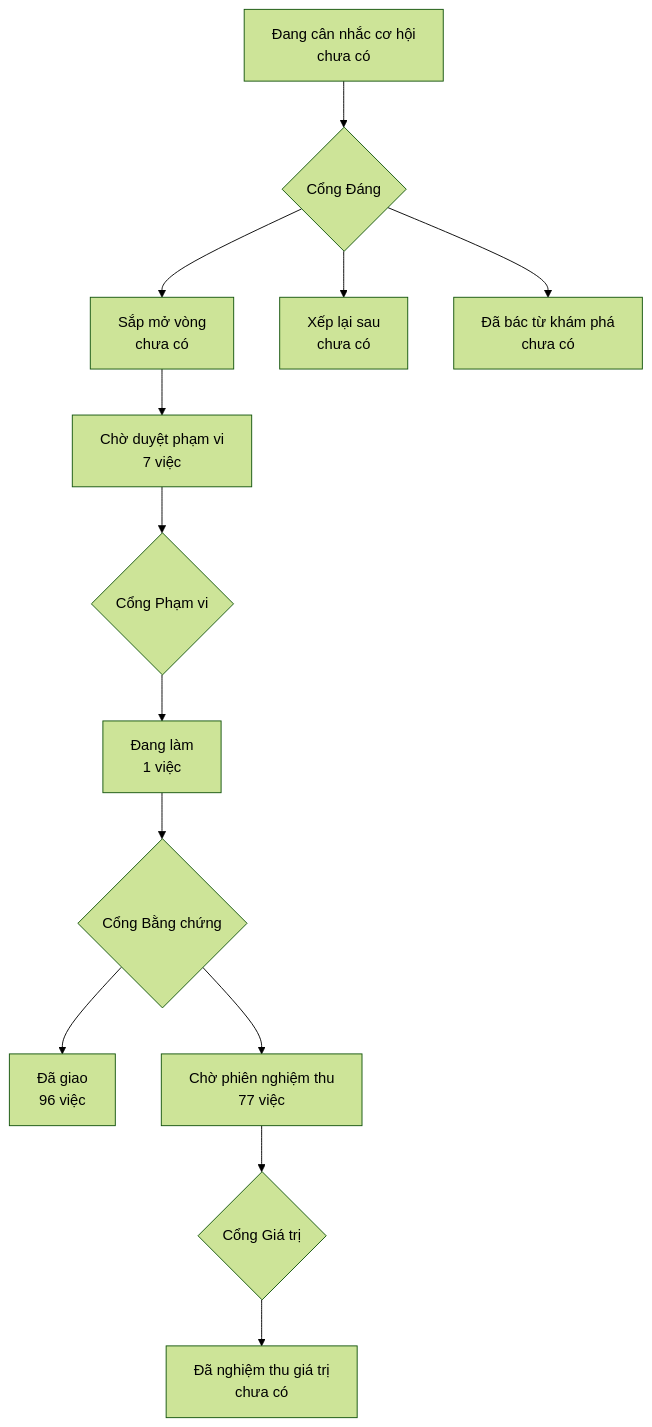
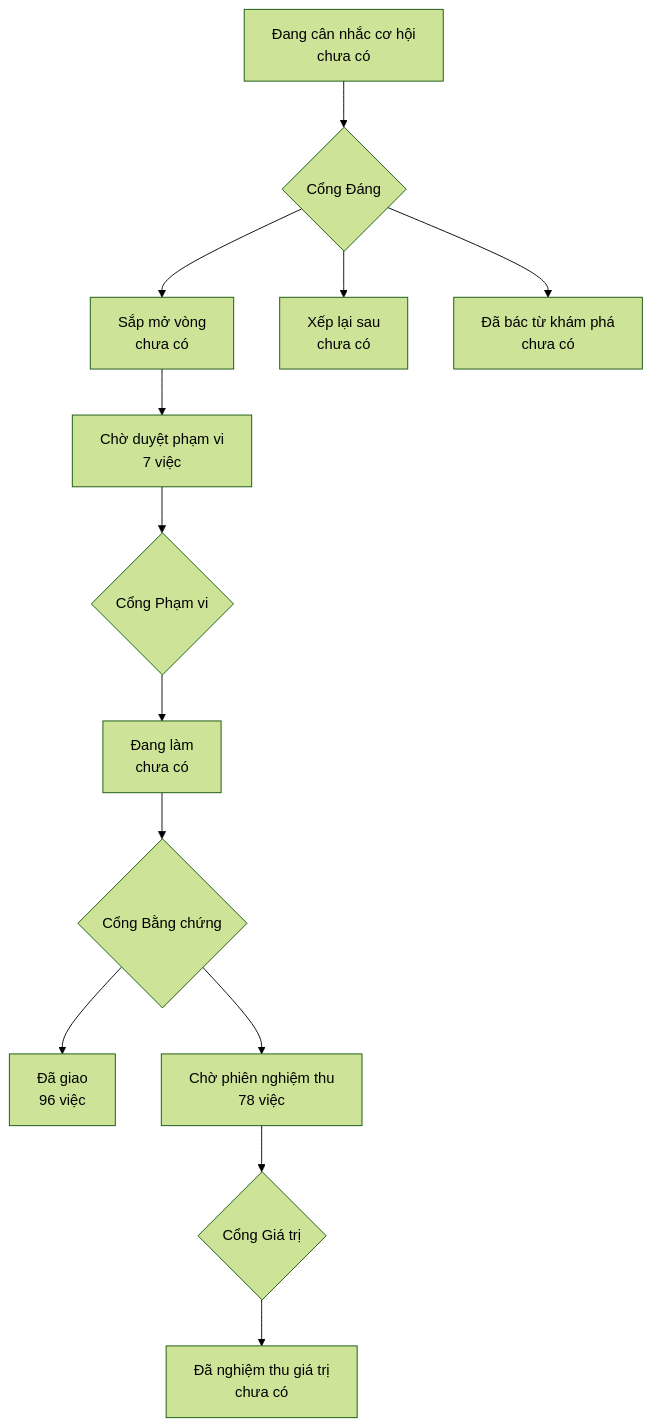
The diagram in PRODUCT-MAP.md (phanlemanh/onehub-invest), drawn with Mermaid (forest theme) before and after one commit. The commit also changed other lines of this file and 4 other files, not shown here.

````diff
--- a/PRODUCT-MAP.md
+++ b/PRODUCT-MAP.md
@@ -7,12 +7,12 @@
 ```mermaid
 flowchart TD
   A["Đang cân nhắc cơ hội<br/>chưa có"] --> GD{"Cổng Đáng"}
   GD --> B["Sắp mở vòng<br/>chưa có"]
   GD --> XL["Xếp lại sau<br/>chưa có"]
   GD --> DB["Đã bác từ khám phá<br/>chưa có"]
   B --> CD["Chờ duyệt phạm vi<br/>7 việc"] --> GP{"Cổng Phạm vi"}
-  GP --> DL["Đang làm<br/>1 việc"] --> GB{"Cổng Bằng chứng"}
+  GP --> DL["Đang làm<br/>chưa có"] --> GB{"Cổng Bằng chứng"}
   GB --> DG["Đã giao<br/>96 việc"]
-  GB --> CN["Chờ phiên nghiệm thu<br/>77 việc"] --> GG{"Cổng Giá trị"}
+  GB --> CN["Chờ phiên nghiệm thu<br/>78 việc"] --> GG{"Cổng Giá trị"}
   GG --> NT["Đã nghiệm thu giá trị<br/>chưa có"]
 ```
````
